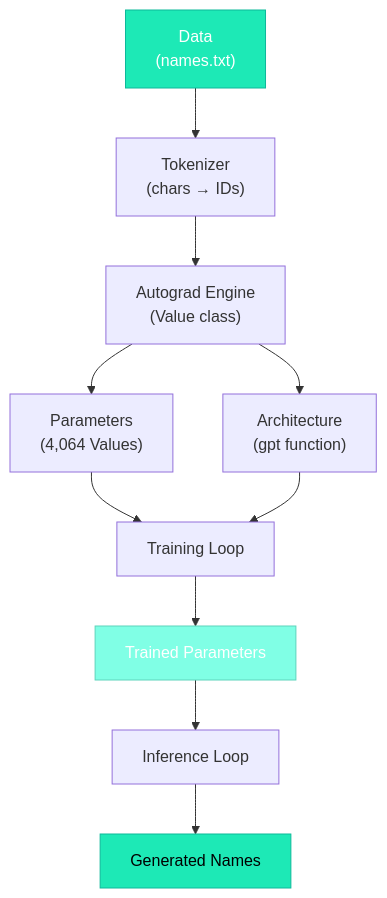
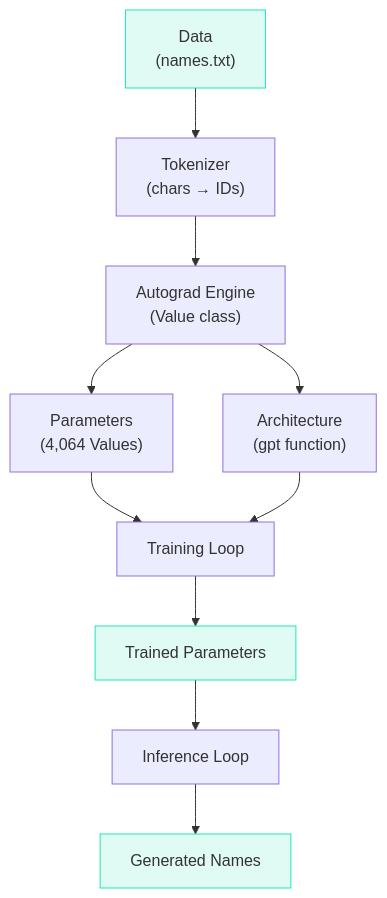
Before and after one commit to iamkhalid2/microgpt-course: the diagram in docs/05-inference/02-the-complete-picture.md, drawn with Mermaid. The commit also changed 21 other files, not shown here.

Commit message:
Fix Mermaid: remove hardcoded text color (theme-adaptive), add mobile scrolling, fix \\n to br

````diff
--- a/docs/05-inference/02-the-complete-picture.md
+++ b/docs/05-inference/02-the-complete-picture.md
@@ -61,16 +61,16 @@
 ```mermaid
 flowchart TD
-    DATA["Data\n(names.txt)"] --> TOK["Tokenizer\n(chars → IDs)"]
-    TOK --> AG["Autograd Engine\n(Value class)"]
-    AG --> PARAMS["Parameters\n(4,064 Values)"]
-    AG --> ARCH["Architecture\n(gpt function)"]
+    DATA["Data<br>(names.txt)"] --> TOK["Tokenizer<br>(chars → IDs)"]
+    TOK --> AG["Autograd Engine<br>(Value class)"]
+    AG --> PARAMS["Parameters<br>(4,064 Values)"]
+    AG --> ARCH["Architecture<br>(gpt function)"]
     PARAMS --> TRAIN["Training Loop"]
     ARCH --> TRAIN
     TRAIN --> TRAINED["Trained Parameters"]
     TRAINED --> INF["Inference Loop"]
     INF --> NAMES["Generated Names"]
 
-    style DATA fill:#1de9b6,stroke:#0db99a,color:#fff
-    style TRAINED fill:#80ffe5,stroke:#5cd4bc,color:#fff
-    style NAMES fill:#1de9b6,stroke:#0db99a,color:#000
+    style DATA fill:#e0faf4,stroke:#1de9b6
+    style TRAINED fill:#e0faf4,stroke:#1de9b6
+    style NAMES fill:#e0faf4,stroke:#1de9b6
 ```
````
